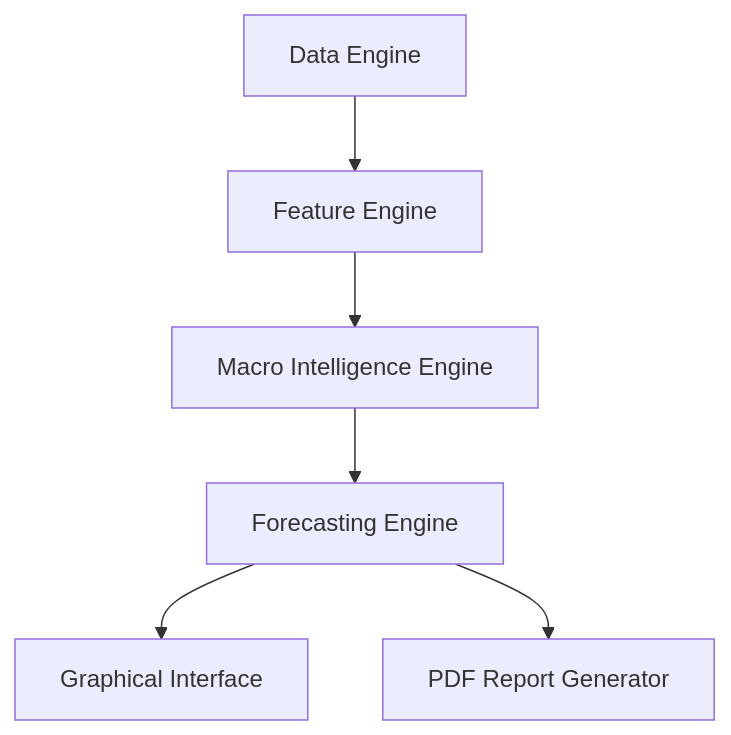
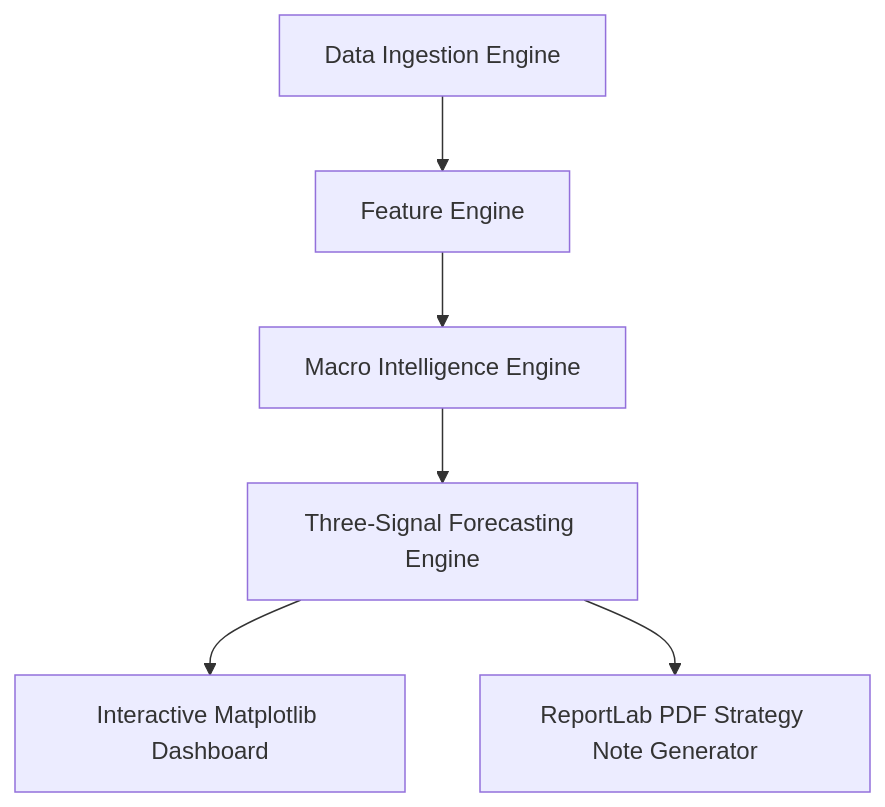
Before and after one commit to VIJNESH200/macro_intelligence_platform: the diagram in README.md, drawn with Mermaid. The commit also changed other lines of this file and 1 other file, not shown here.

````diff
--- a/README.md
+++ b/README.md
@@ -31,8 +58,8 @@
 ```mermaid
 flowchart TD
-    DataEngine[Data Engine] --> FeatureEngine[Feature Engine]
-    FeatureEngine --> MacroIntelligenceEngine[Macro Intelligence Engine]
-    MacroIntelligenceEngine --> ForecastingEngine[Forecasting Engine]
-    ForecastingEngine --> UI[Graphical Interface]
-    ForecastingEngine --> ResearchEngine[PDF Report Generator]
+    A[Data Ingestion Engine] --> B[Feature Engine]
+    B --> C[Macro Intelligence Engine]
+    C --> D[Three-Signal Forecasting Engine]
+    D --> E[Interactive Matplotlib Dashboard]
+    D --> F[ReportLab PDF Strategy Note Generator]
 ```
````
